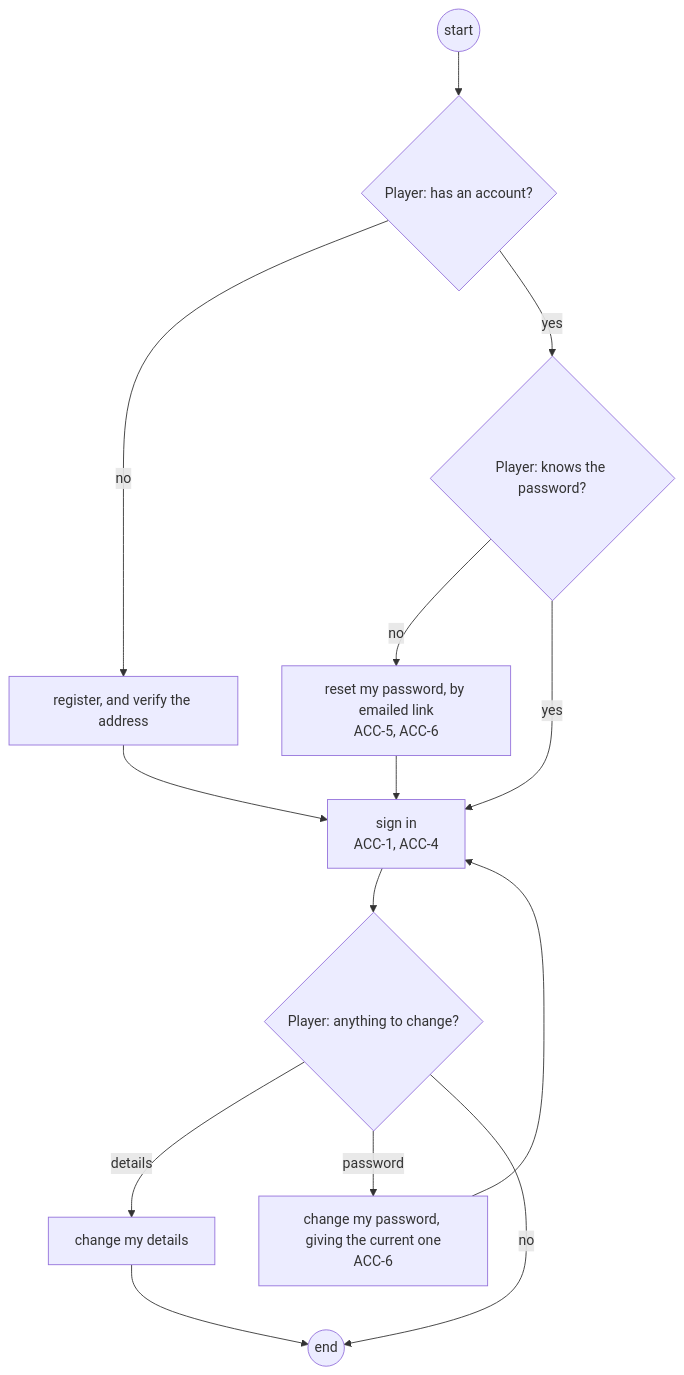
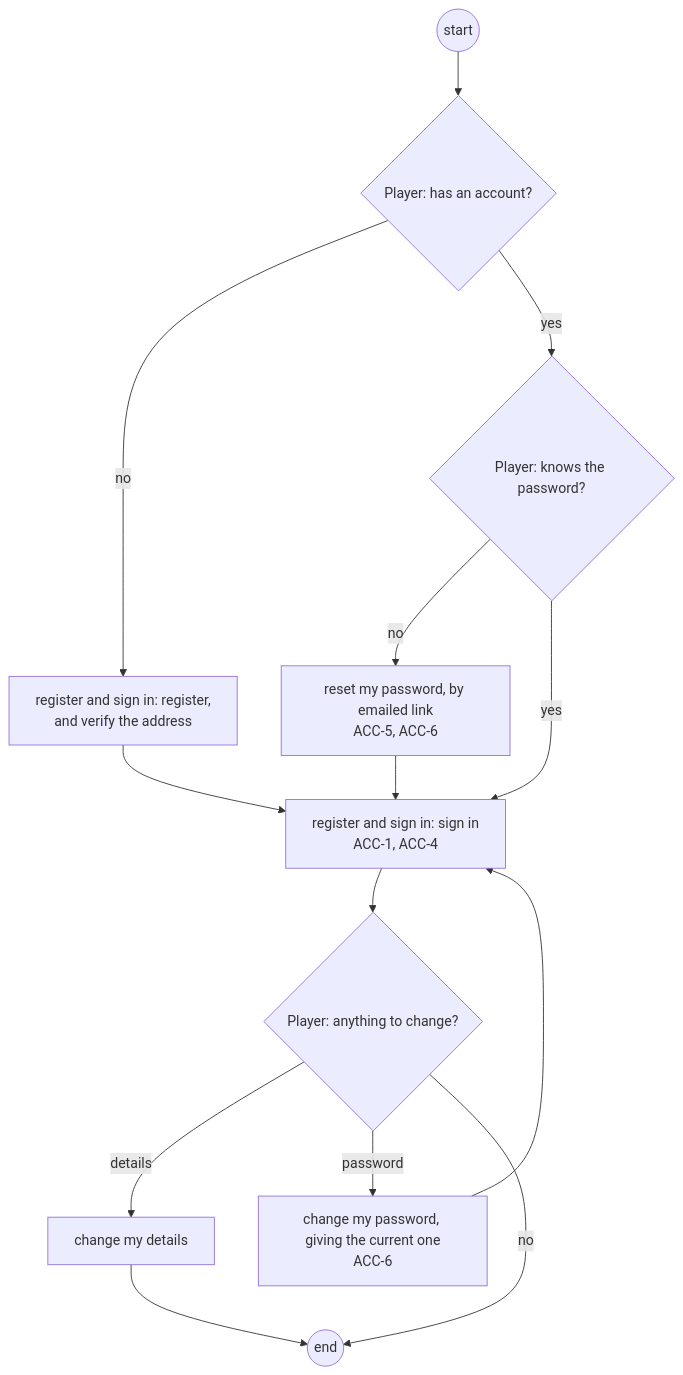
Before and after one commit to delphside/programme: the second of 29 diagrams in docs/changes/workstreams/application-game-architecture/71-one-game-model/71-functional.md, drawn with Mermaid. The commit also changed other lines of this file and 1 other file, not shown here.

````diff
--- a/docs/changes/workstreams/application-game-architecture/71-one-game-model/71-functional.md
+++ b/docs/changes/workstreams/application-game-architecture/71-one-game-model/71-functional.md
@@ -73,16 +73,16 @@
 ```mermaid
 flowchart TD
   s0((start)) --> d0{"Player: has an account?"}
-  d0 -- no --> a1["register, and verify the address"]
+  d0 -- no --> a1["register and sign in: register,<br/>and verify the address"]
   d0 -- yes --> d1{"Player: knows the password?"}
   d1 -- no --> a2["reset my password, by emailed link<br/>ACC-5, ACC-6"]
-  d1 -- yes --> a3["sign in<br/>ACC-1, ACC-4"]
+  d1 -- yes --> a3["register and sign in: sign in<br/>ACC-1, ACC-4"]
   a1 --> a3
   a2 --> a3
   a3 --> d2{"Player: anything to change?"}
   d2 -- details --> a4["change my details"]
   d2 -- password --> a5["change my password, giving the current one<br/>ACC-6"]
   d2 -- no --> e0((end))
   a4 --> e0
   a5 --> a3
 ```
````
